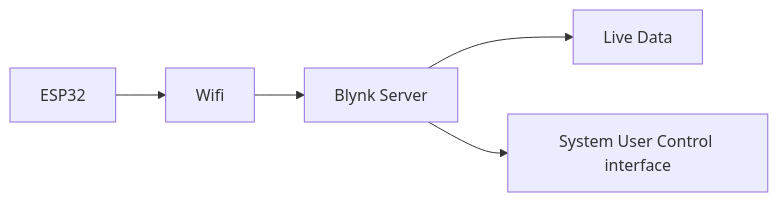
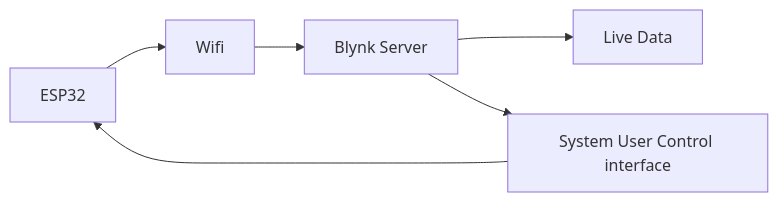
The eighth of 9 diagrams in README.md (ahmedMadh/Full-Smart-Home-with-AI), drawn with Mermaid before and after one commit.

````diff
--- a/README.md
+++ b/README.md
@@ -555,7 +555,8 @@
 ```mermaid
 flowchart LR
 A[ESP32] --> B[Wifi]
 B[Wifi] --> C[Blynk Server]
 C[Blynk Server] --> D[Live Data]
 C --> M[System User Control interface]
+M --> A
 ```
````
